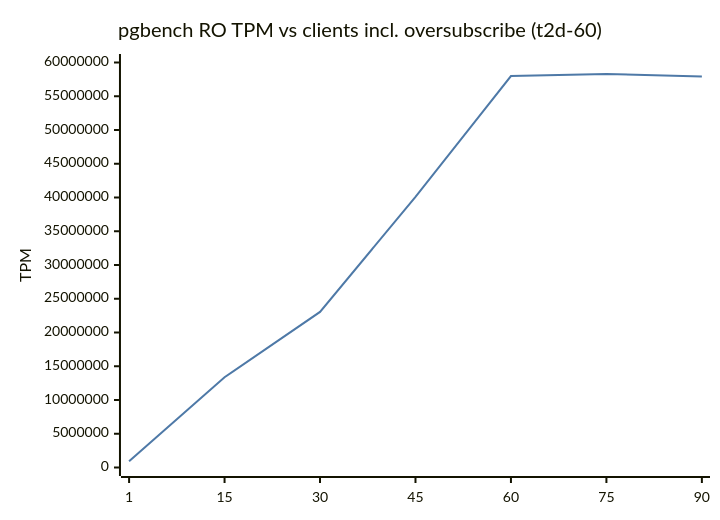
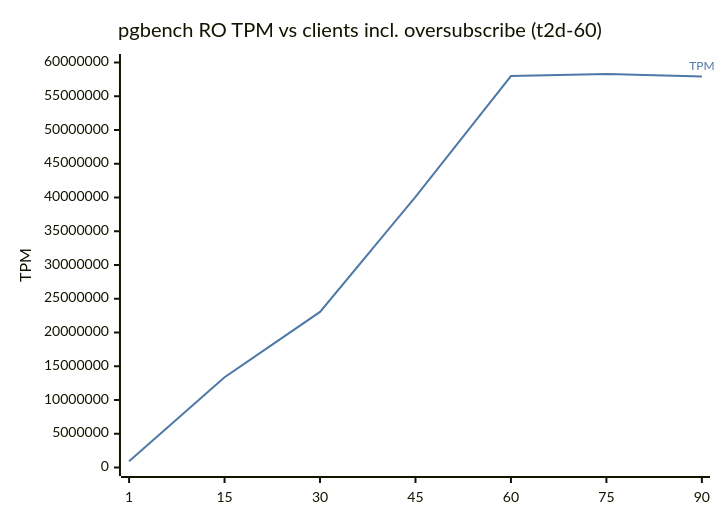
Diagram 40 of 41 in RESULTS.md (SpareCores/sc-db-benchmark-tmp), drawn with Mermaid before and after one commit. The commit also changed other lines of this file, not shown here.

````diff
--- a/RESULTS.md
+++ b/RESULTS.md
@@ -1435,13 +1435,13 @@
 ```mermaid
 ---
 config:
   themeVariables:
     xyChart:
       plotColorPalette: "#4e79a7, #f28e2b"
 ---
 xychart-beta
     title "pgbench RO TPM vs clients incl. oversubscribe (t2d-60)"
     x-axis ["1", "15", "30", "45", "60", "75", "90"]
     y-axis "TPM" 0 --> 60000000
-    line "TPM" [935837, 13366301, 23045536, 40099520, 57985292, 58287800, 57919460]
+    line "TPM" [935837, 13366301, 23045536, 40099520, 57985292, 58287800, 57919460 "TPM"]
 ```
````
